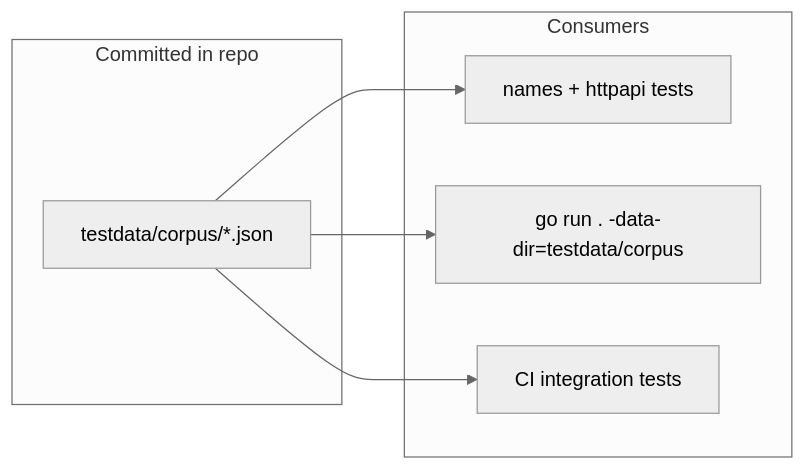
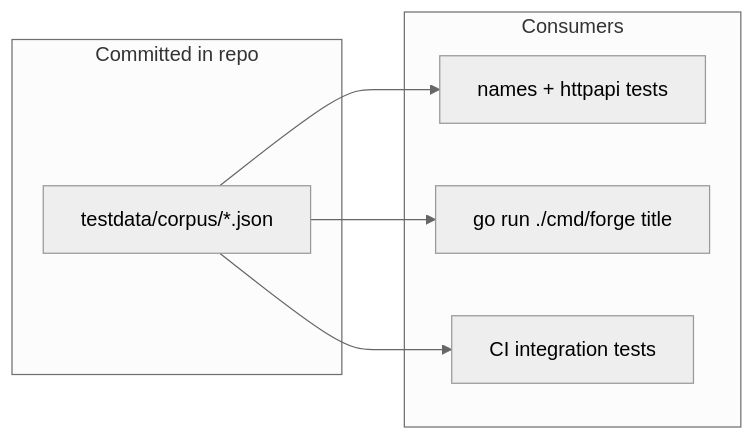
The diagram in planning/SAMPLE-CORPUS.md (ridespirals/vargames-name-gen), drawn with Mermaid (neutral theme) before and after one commit. The commit also changed other lines of this file and 16 other files, not shown here.

````diff
--- a/planning/SAMPLE-CORPUS.md
+++ b/planning/SAMPLE-CORPUS.md
@@ -16,16 +16,16 @@
 ```mermaid
 flowchart LR
   subgraph committed [Committed in repo]
     Fixtures[testdata/corpus/*.json]
   end
 
   subgraph consumers [Consumers]
     UnitTests[names + httpapi tests]
-    LocalDev["go run . -data-dir=testdata/corpus"]
+    LocalDev["go run ./cmd/forge title"]
     CI[CI integration tests]
   end
 
   Fixtures --> UnitTests
   Fixtures --> LocalDev
   Fixtures --> CI
 ```
````
